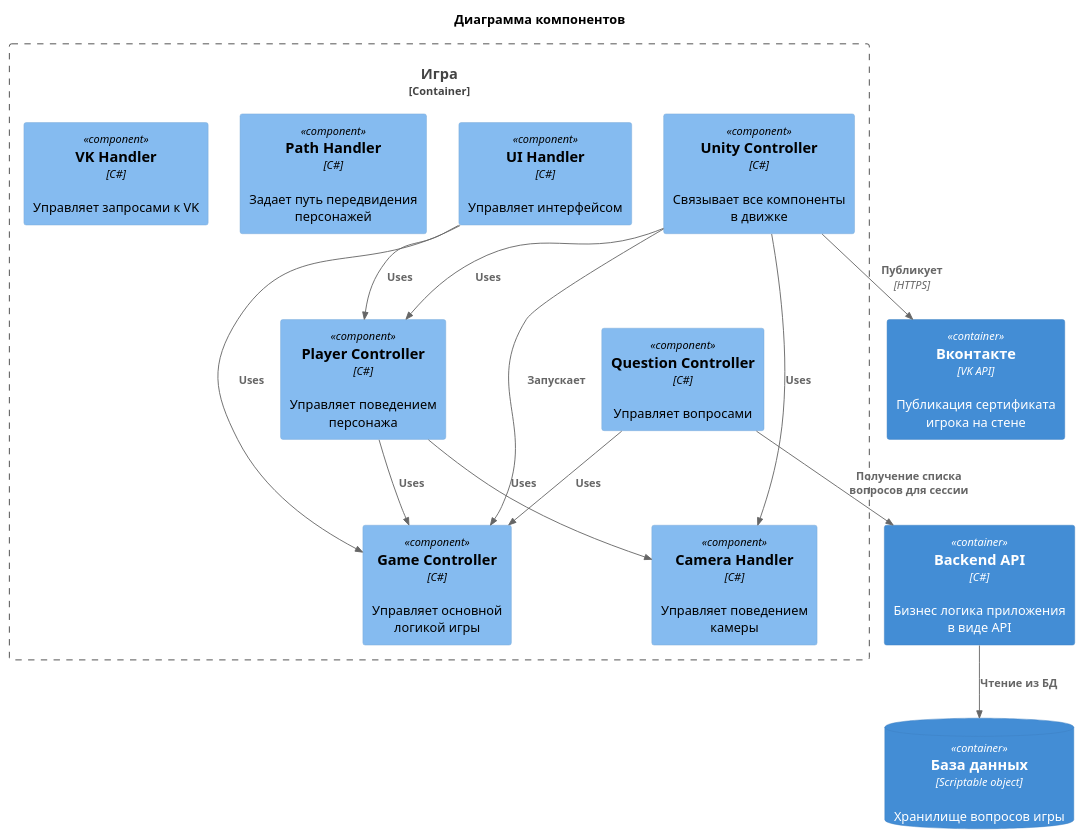
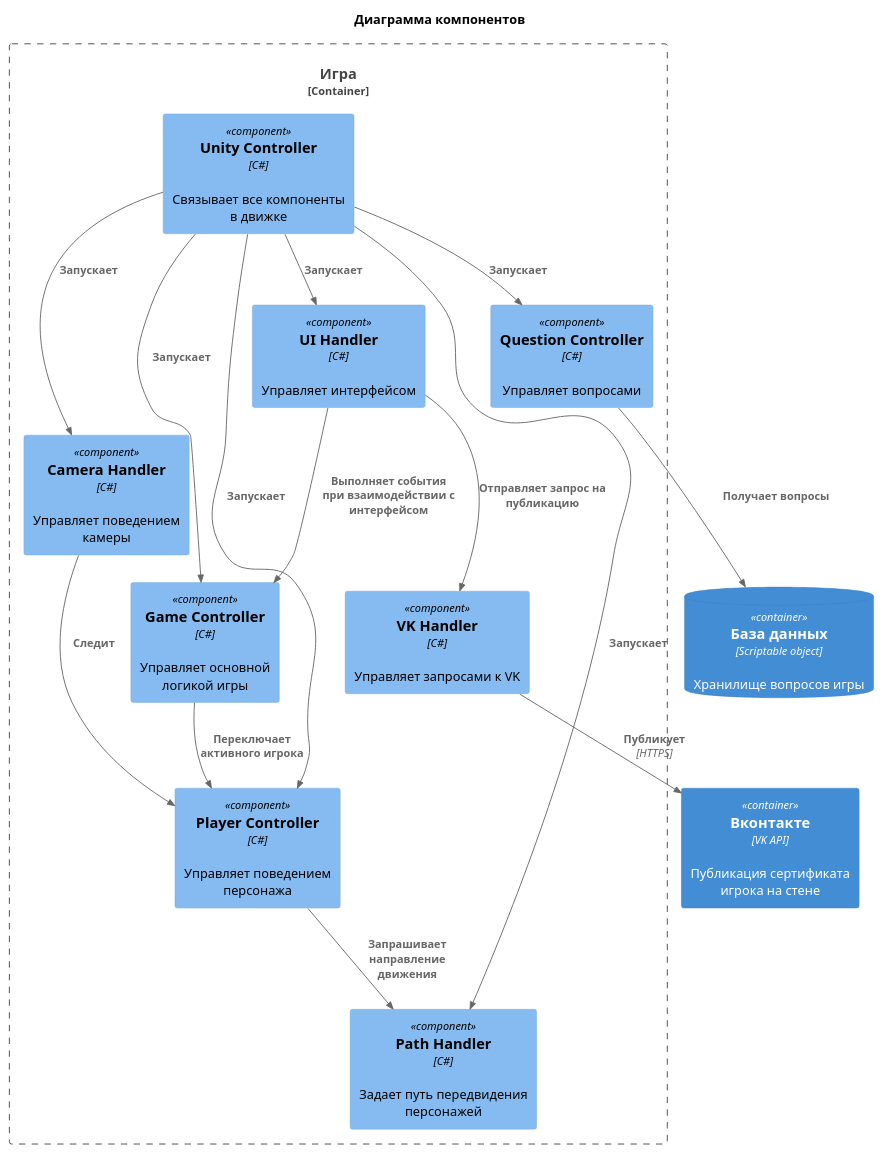
Before and after one commit to vetronog/Brown_Bears_Life: the diagram in doc/diagrams/component.puml, drawn with PlantUML.

Commit message:
Правка диаграммы компонентов

```diff
--- a/doc/diagrams/component.puml
+++ b/doc/diagrams/component.puml
@@ -1,38 +1,39 @@
 @startuml
 !includeurl https://raw.githubusercontent.com/RicardoNiepel/C4-PlantUML/master/C4_Component.puml
 
 title Диаграмма компонентов
 
-Container(BackendApi, "Backend API", "C#", "Бизнес логика приложения в виде API")
 ContainerDb(Database, "База данных", "Scriptable object", "Хранилище вопросов игры")
 
 Container(VK, "Вконтакте", "VK API", "Публикация сертификата игрока на стене")
 
 Container_Boundary(Game, "Игра") {
     Component(Unity, "Unity Controller", "C#", "Связывает все компоненты в движке")
     Component(GameController, "Game Controller", "C#", "Управляет основной логикой игры")
     Component(Camera, "Camera Handler", "C#", "Управляет поведением камеры")
     Component(Player, "Player Controller", "C#", "Управляет поведением персонажа")
     Component(Questions, "Question Controller", "C#", "Управляет вопросами")
     Component(UI, "UI Handler", "C#", "Управляет интерфейсом")
     Component(Path, "Path Handler", "C#", "Задает путь передвидения персонажей")
     Component(VKH, "VK Handler", "C#", "Управляет запросами к VK")
 }
 
+
+Rel(Unity, UI, "Запускает")
+Rel(Unity, Player, "Запускает")
+Rel(Unity, Path, "Запускает")
+Rel(Unity, Questions, "Запускает")
 Rel(Unity, GameController, "Запускает")
-Rel(Unity, Player, "Uses")
-Rel(Unity, Camera, "Uses")
-Rel(Unity, VK, "Публикует", "HTTPS")
+Rel(Unity, Camera, "Запускает")
 
-Rel(Player, GameController, "Uses")
-Rel(UI, GameController, "Uses")
+Rel(UI, VKH, "Отправляет запрос на публикацию")
+Rel(VKH, VK, "Публикует", "HTTPS")
 
+Rel(UI, GameController, "Выполняет события при взаимодействии с интерфейсом")
 
-Rel(UI, Player, "Uses")
-Rel(Player, Camera, "Uses")
-Rel(Questions, GameController, "Uses")
+Rel(GameController, Player, "Переключает активного игрока")
+Rel(Player, Path, "Запрашивает направление движения")
+Rel(Camera, Player, "Следит")
 
-Rel(BackendApi, Database, "Чтение из БД")
-Rel(Questions, BackendApi, "Получение списка вопросов для сессии")
-
+Rel(Questions, Database, "Получает вопросы")
 @enduml
```
